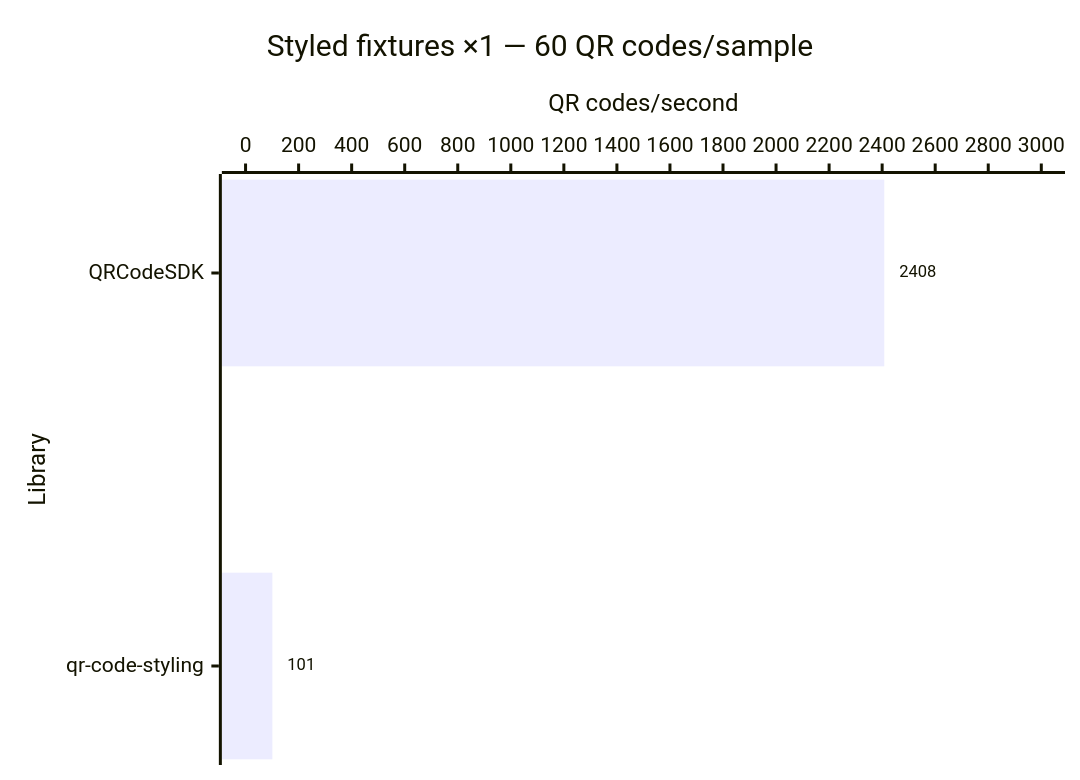
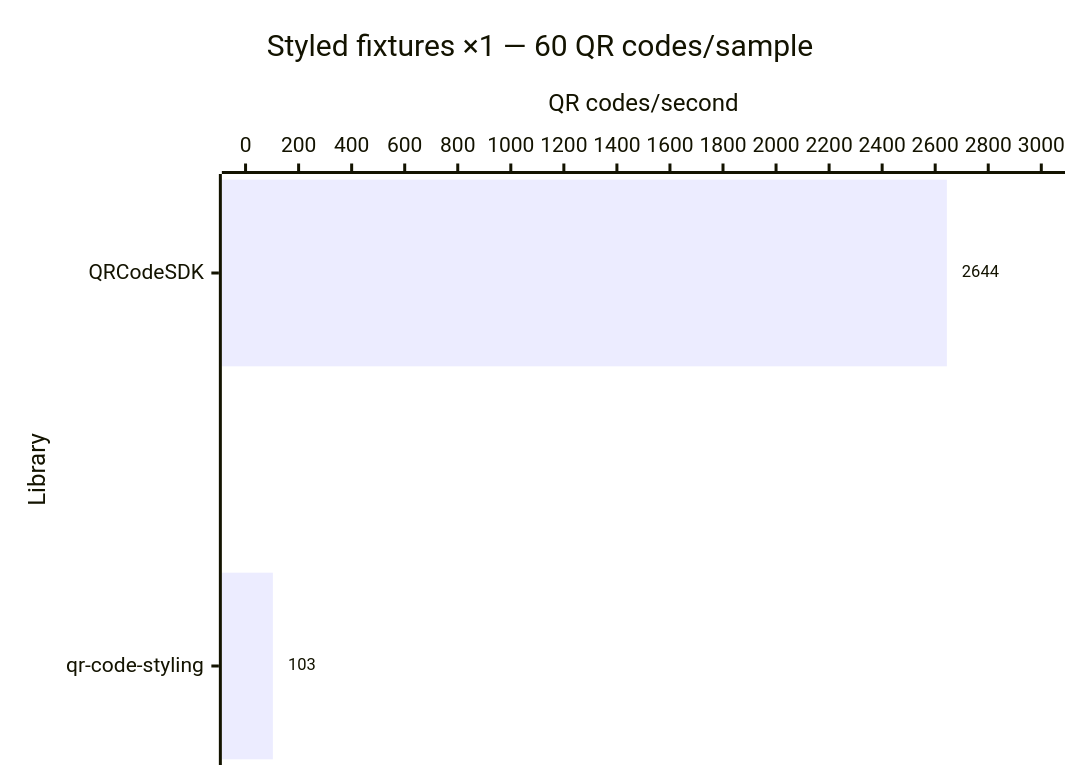
Before and after one commit to Dafnik/qrcodesdk: diagram 12 of 14 in apps/docs/src/content/docs/learn/performance.md, drawn with Mermaid. The commit also changed other lines of this file, not shown here.

````diff
--- a/apps/docs/src/content/docs/learn/performance.md
+++ b/apps/docs/src/content/docs/learn/performance.md
@@ -268,15 +268,15 @@
 ```mermaid
 ---
 config:
   xyChart:
     showDataLabel: true
     showDataLabelOutsideBar: true
 ---
 xychart horizontal
   accTitle: Styled SVG generation: Styled fixtures ×1 — 60 QR codes/sample
-  accDescr: Throughput calculated from median time. QRCodeSDK 2,408 QR codes per second, qr-code-styling 101 QR codes per second. Higher is better.
+  accDescr: Throughput calculated from median time. QRCodeSDK 2,644 QR codes per second, qr-code-styling 103 QR codes per second. Higher is better.
   title "Styled fixtures ×1 — 60 QR codes/sample"
   x-axis "Library" ["QRCodeSDK", "qr-code-styling"]
   y-axis "QR codes/second" 0 --> 3000
-  bar [2408, 101]
+  bar [2644, 103]
 ```
````
